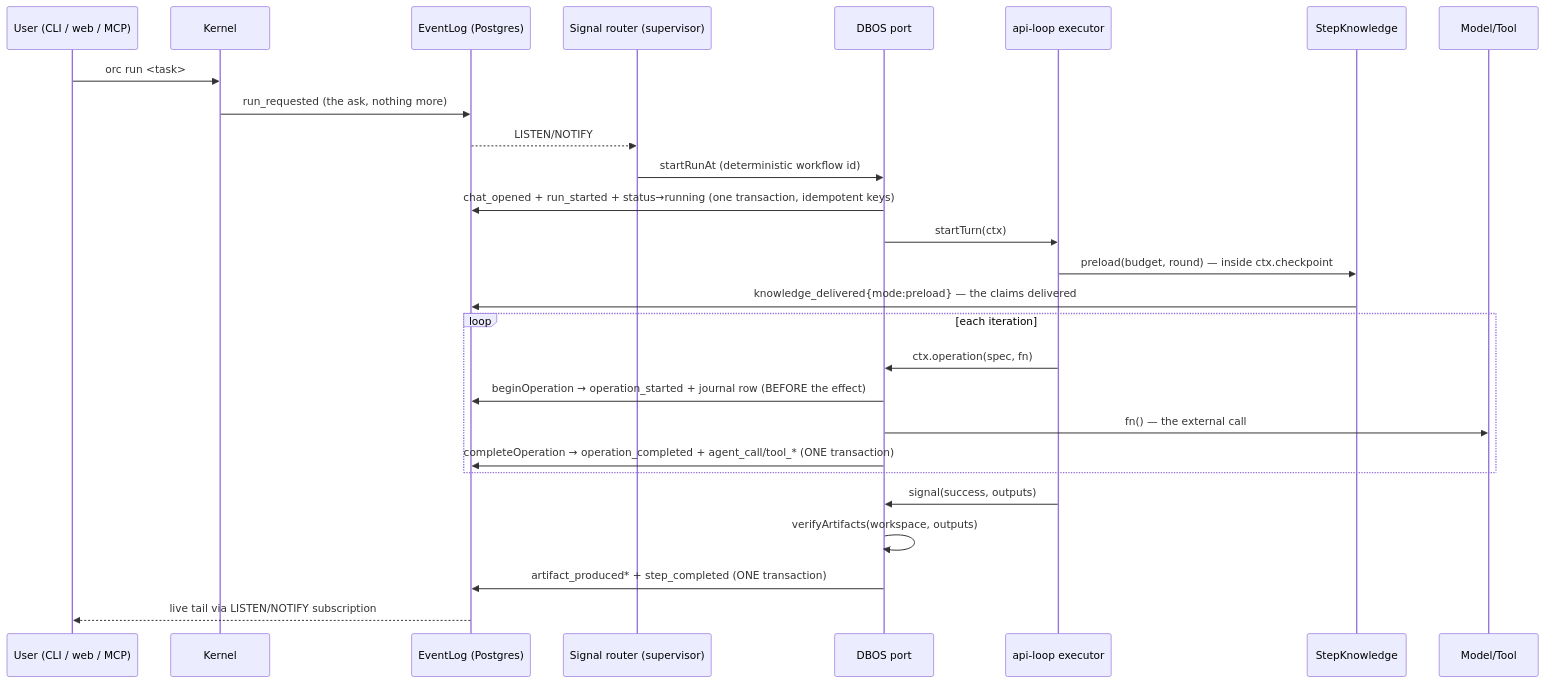
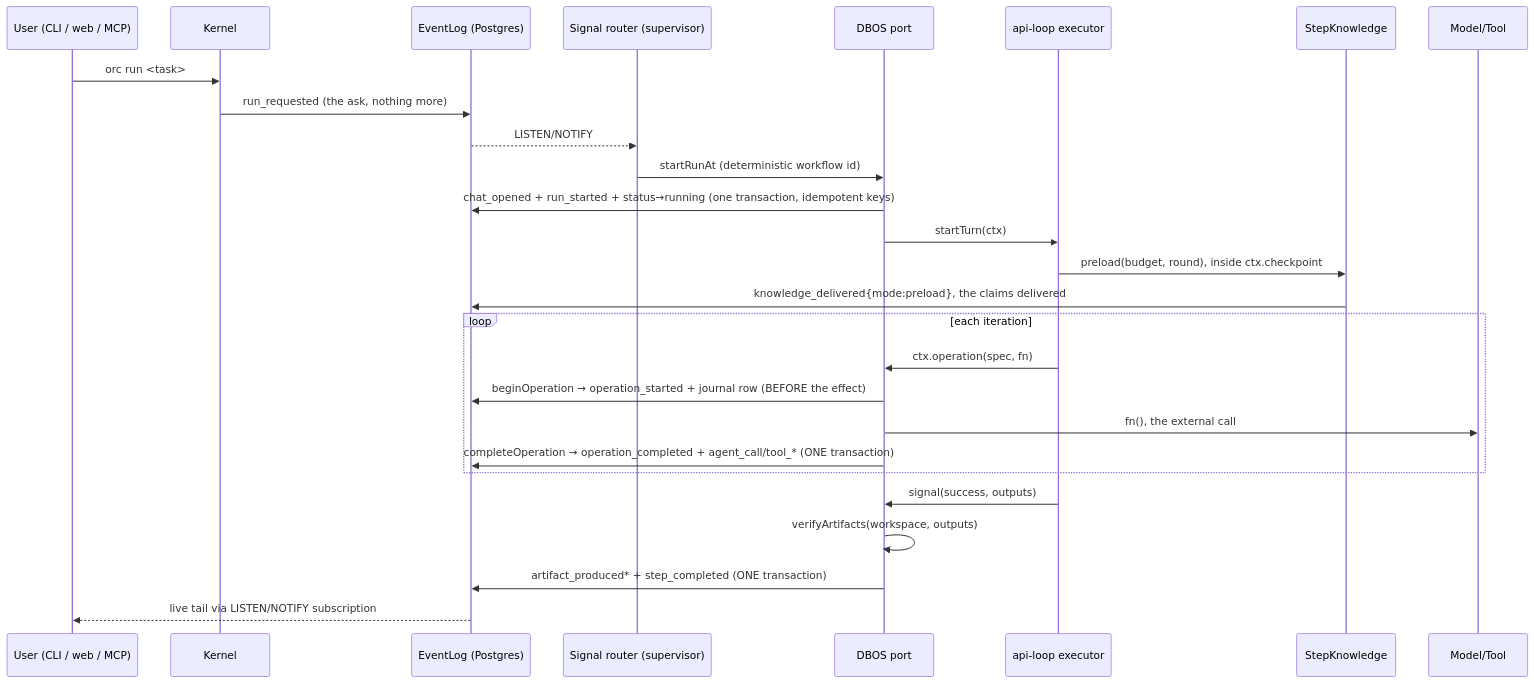
One commit to fetttttjoe/ORC changed the sixth of 7 diagrams in docs/ARCHITECTURE.md. Above: the diagram before and after it, drawn with Mermaid. The commit also changed other lines of this file and 513 other files, not shown here.

````diff
--- a/docs/ARCHITECTURE.md
+++ b/docs/ARCHITECTURE.md
@@ -617,30 +504,30 @@
 ```mermaid
 sequenceDiagram
   participant U as User (CLI / web / MCP)
   participant K as Kernel
   participant L as EventLog (Postgres)
   participant R as Signal router (supervisor)
   participant D as DBOS port
   participant X as api-loop executor
   participant N as StepKnowledge
   participant M as Model/Tool
 
   U->>K: orc run <task>
   K->>L: run_requested (the ask, nothing more)
   L-->>R: LISTEN/NOTIFY
   R->>D: startRunAt (deterministic workflow id)
   D->>L: chat_opened + run_started + status→running (one transaction, idempotent keys)
   D->>X: startTurn(ctx)
-  X->>N: preload(budget, round) — inside ctx.checkpoint
-  N->>L: knowledge_delivered{mode:preload} — the claims delivered
+  X->>N: preload(budget, round), inside ctx.checkpoint
+  N->>L: knowledge_delivered{mode:preload}, the claims delivered
   loop each iteration
     X->>D: ctx.operation(spec, fn)
     D->>L: beginOperation → operation_started + journal row (BEFORE the effect)
-    D->>M: fn() — the external call
+    D->>M: fn(), the external call
     D->>L: completeOperation → operation_completed + agent_call/tool_* (ONE transaction)
   end
   X->>D: signal(success, outputs)
   D->>D: verifyArtifacts(workspace, outputs)
   D->>L: artifact_produced* + step_completed (ONE transaction)
   L-->>U: live tail via LISTEN/NOTIFY subscription
 ```
````
